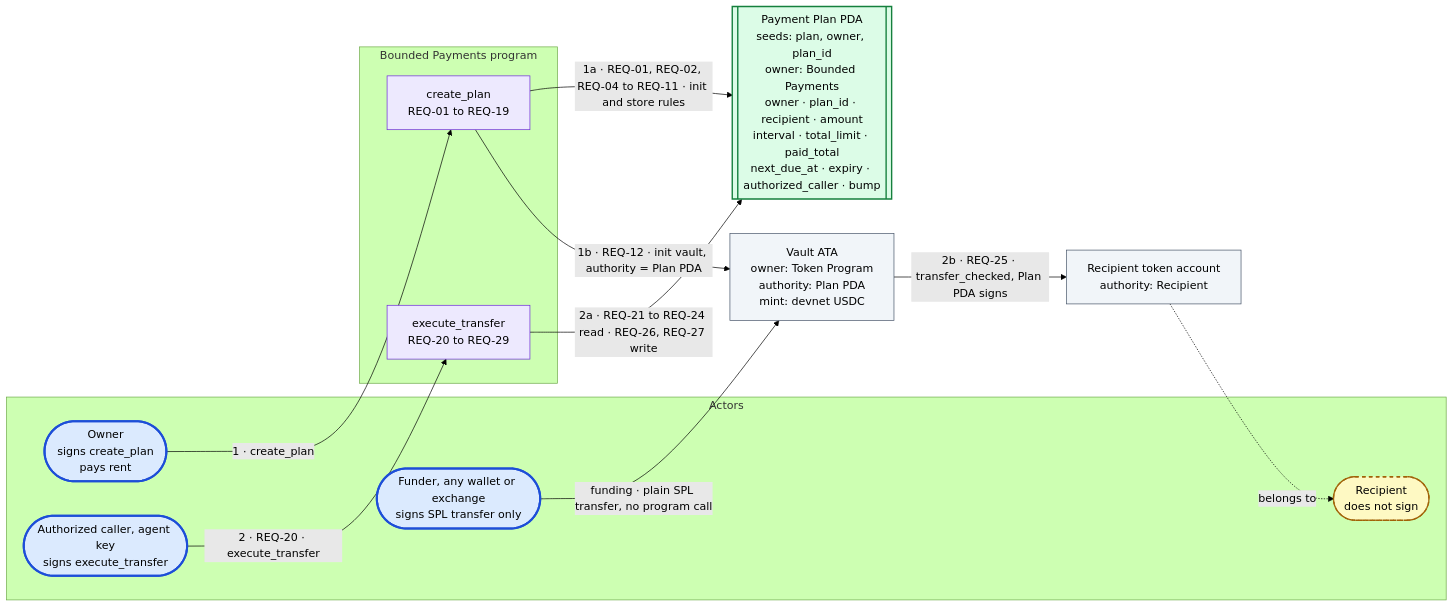
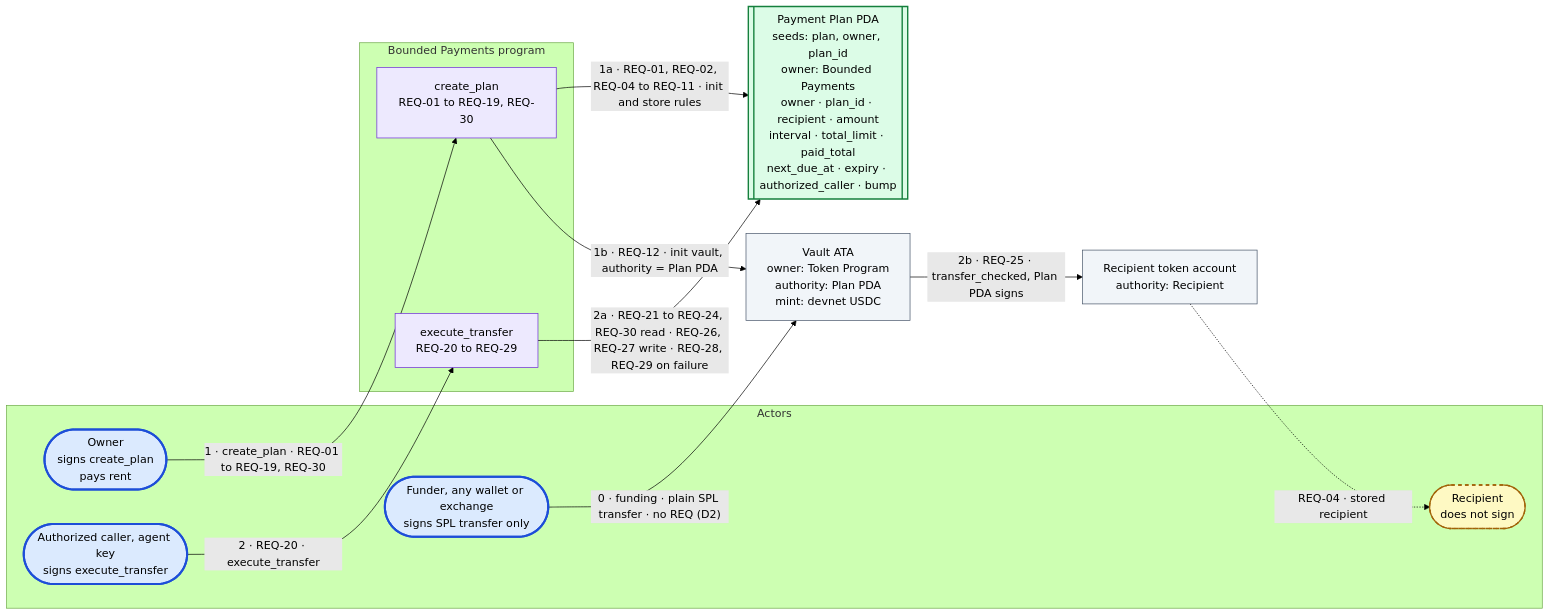
Before and after one commit to ToXMon/bounded-payments: the second of 5 diagrams in docs/architecture.md, drawn with Mermaid (forest theme). The commit also changed other lines of this file and 7 other files, not shown here.

````diff
--- a/docs/architecture.md
+++ b/docs/architecture.md
@@ -184,31 +204,31 @@
 ```mermaid
 flowchart LR
   subgraph ACTORS["Actors"]
     OWNER(["Owner<br/>signs create_plan<br/>pays rent"]):::signer
     CALLER(["Authorized caller, agent key<br/>signs execute_transfer"]):::signer
     FUNDER(["Funder, any wallet or exchange<br/>signs SPL transfer only"]):::signer
     RECIP(["Recipient<br/>does not sign"]):::beneficiary
   end
   subgraph PROG["Bounded Payments program"]
-    CP["create_plan<br/>REQ-01 to REQ-19"]:::program
+    CP["create_plan<br/>REQ-01 to REQ-19, REQ-30"]:::program
     EX["execute_transfer<br/>REQ-20 to REQ-29"]:::program
   end
   PLAN[["Payment Plan PDA<br/>seeds: plan, owner, plan_id<br/>owner: Bounded Payments<br/>owner · plan_id · recipient · amount<br/>interval · total_limit · paid_total<br/>next_due_at · expiry · authorized_caller · bump"]]:::pda
   VAULT["Vault ATA<br/>owner: Token Program<br/>authority: Plan PDA<br/>mint: devnet USDC"]:::token
   RTA["Recipient token account<br/>authority: Recipient"]:::token
 
-  OWNER -->|"1 · create_plan"| CP
+  OWNER -->|"1 · create_plan · REQ-01 to REQ-19, REQ-30"| CP
   CP -->|"1a · REQ-01, REQ-02, REQ-04 to REQ-11 · init and store rules"| PLAN
   CP -->|"1b · REQ-12 · init vault, authority = Plan PDA"| VAULT
-  FUNDER -->|"funding · plain SPL transfer, no program call"| VAULT
+  FUNDER -->|"0 · funding · plain SPL transfer · no REQ (D2)"| VAULT
   CALLER -->|"2 · REQ-20 · execute_transfer"| EX
-  EX -->|"2a · REQ-21 to REQ-24 read · REQ-26, REQ-27 write"| PLAN
+  EX -->|"2a · REQ-21 to REQ-24, REQ-30 read · REQ-26, REQ-27 write · REQ-28, REQ-29 on failure"| PLAN
   VAULT -->|"2b · REQ-25 · transfer_checked, Plan PDA signs"| RTA
-  RTA -.->|"belongs to"| RECIP
+  RTA -.->|"REQ-04 · stored recipient"| RECIP
 
   classDef signer fill:#dbeafe,stroke:#1d4ed8,stroke-width:3px,color:#000
   classDef beneficiary fill:#fef9c3,stroke:#a16207,stroke-width:2px,stroke-dasharray:5 5,color:#000
   classDef program fill:#ede9fe,stroke:#6d28d9,color:#000
   classDef pda fill:#dcfce7,stroke:#15803d,stroke-width:2px,color:#000
   classDef token fill:#f1f5f9,stroke:#475569,color:#000
 ```
````
